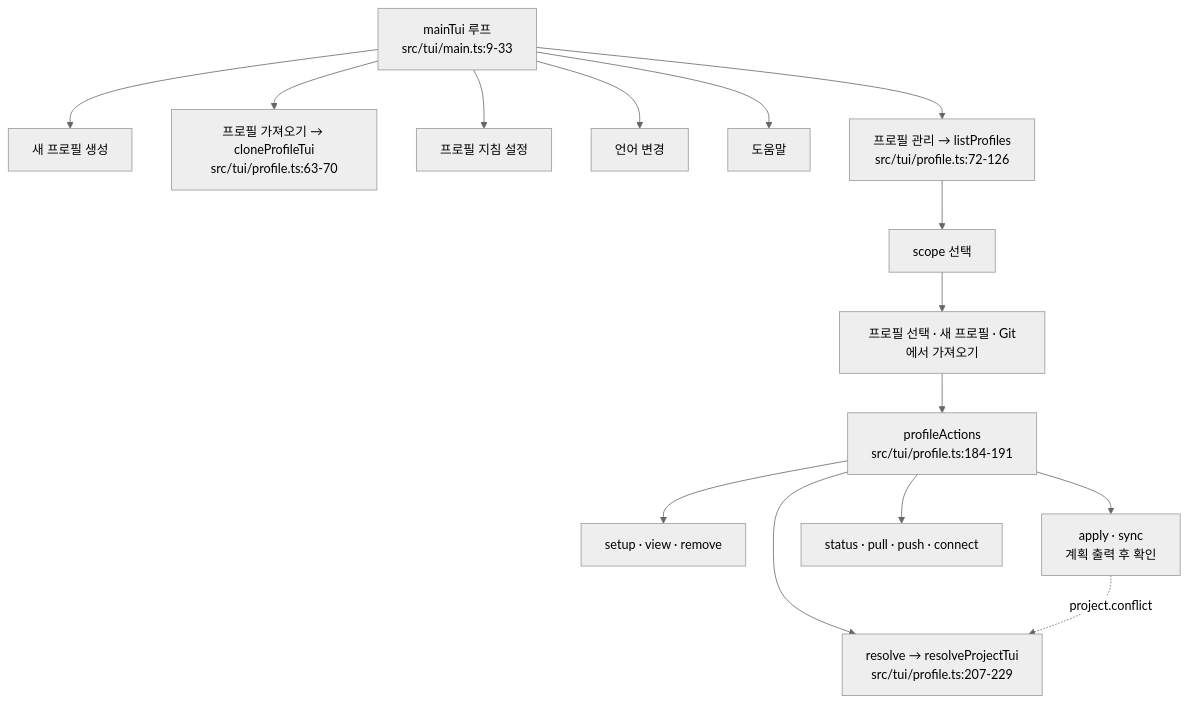
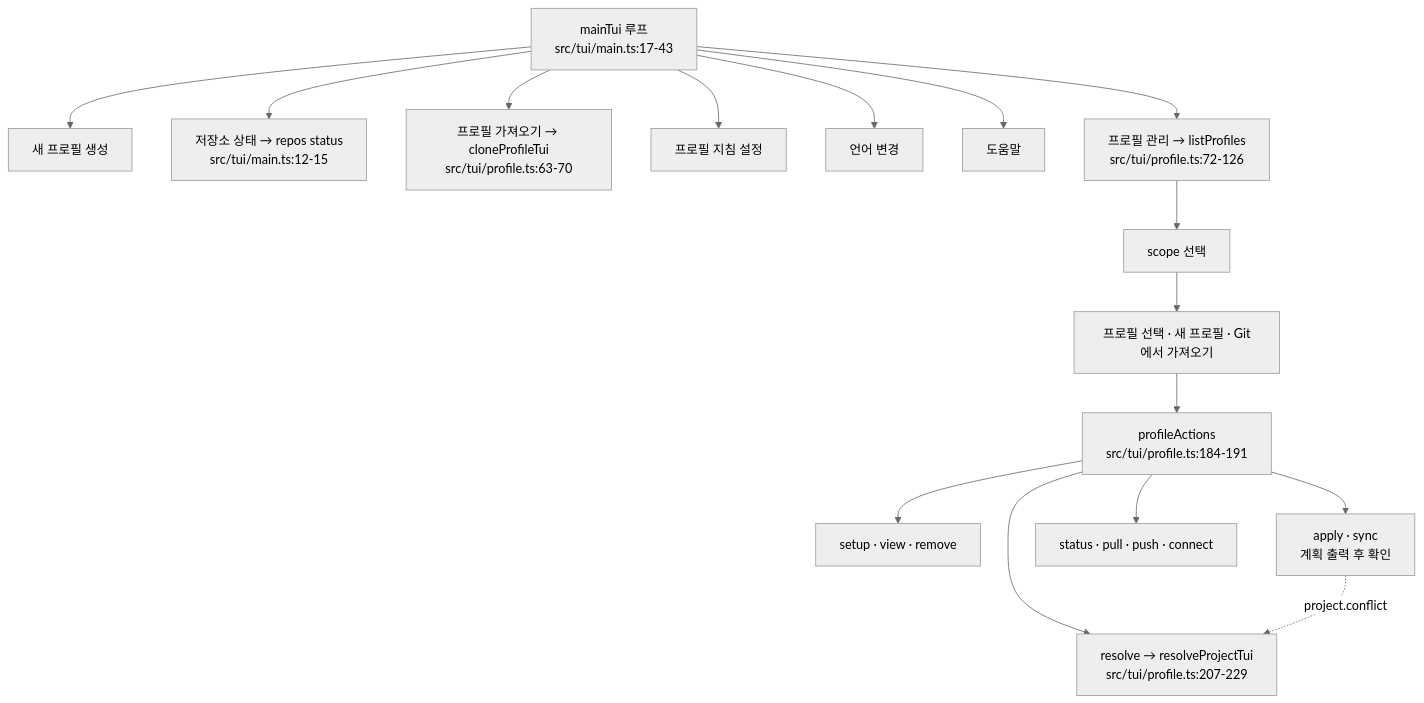
Before and after one commit to IsthisLee/agent-context-manager: the seventh of 13 diagrams in docs/architecture/implementation-mechanics.md, drawn with Mermaid (neutral theme). The commit also changed other lines of this file and 34 other files, not shown here.

First line of the commit message:
feat: 적용한 저장소 목록과 repos status·sync·pr을 추가한다

````diff
--- a/docs/architecture/implementation-mechanics.md
+++ b/docs/architecture/implementation-mechanics.md
@@ -391,17 +399,18 @@
 ```mermaid
 flowchart TD
-  M["mainTui 루프<br/>src/tui/main.ts:9-33"] --> C1["새 프로필 생성"]
+  M["mainTui 루프<br/>src/tui/main.ts:17-43"] --> C1["새 프로필 생성"]
+  M --> RS["저장소 상태 → repos status<br/>src/tui/main.ts:12-15"]
   M --> CL["프로필 가져오기 → cloneProfileTui<br/>src/tui/profile.ts:63-70"]
   M --> C2["프로필 지침 설정"]
   M --> C3["언어 변경"]
   M --> C4["도움말"]
   M --> MG["프로필 관리 → listProfiles<br/>src/tui/profile.ts:72-126"]
   MG --> SC["scope 선택"]
   SC --> SEL["프로필 선택 · 새 프로필 · Git에서 가져오기"]
   SEL --> ACT["profileActions<br/>src/tui/profile.ts:184-191"]
   ACT --> A1["setup · view · remove"]
   ACT --> A2["apply · sync<br/>계획 출력 후 확인"]
   ACT --> A4["status · pull · push · connect"]
   ACT --> A3["resolve → resolveProjectTui<br/>src/tui/profile.ts:207-229"]
   A2 -.->|"project.conflict"| A3
 ```
````
